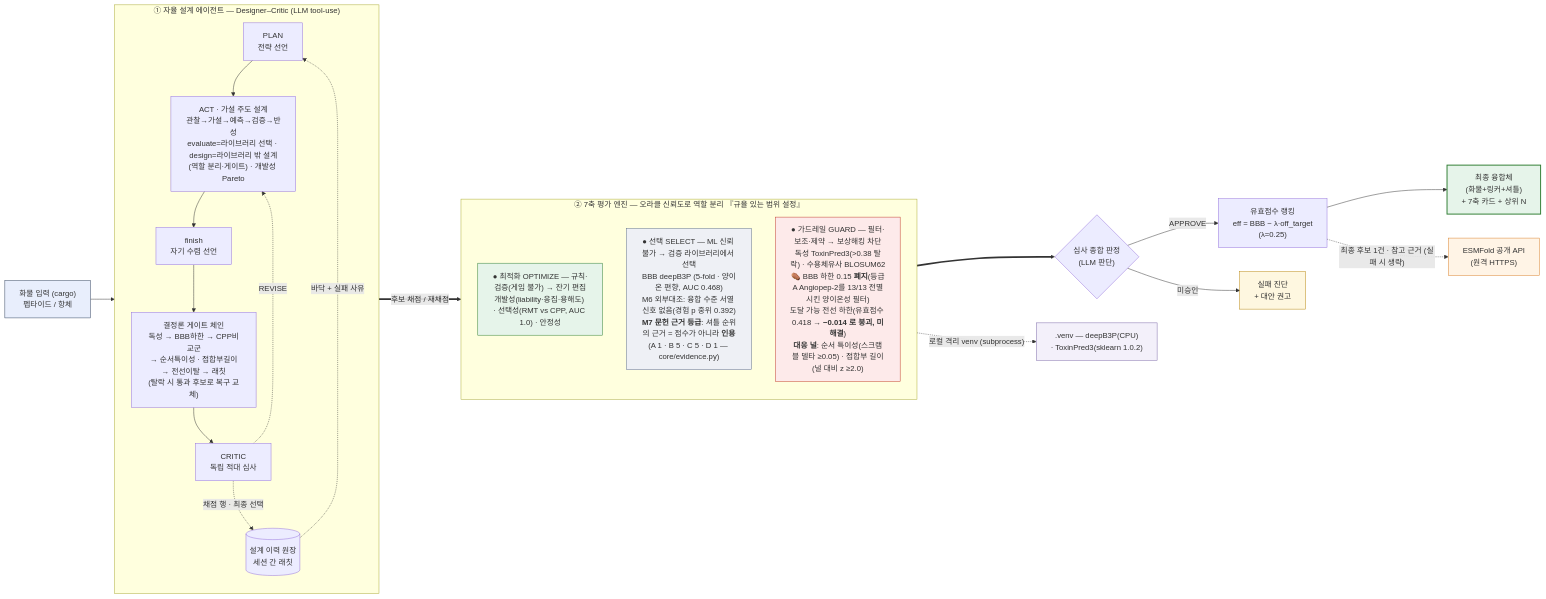
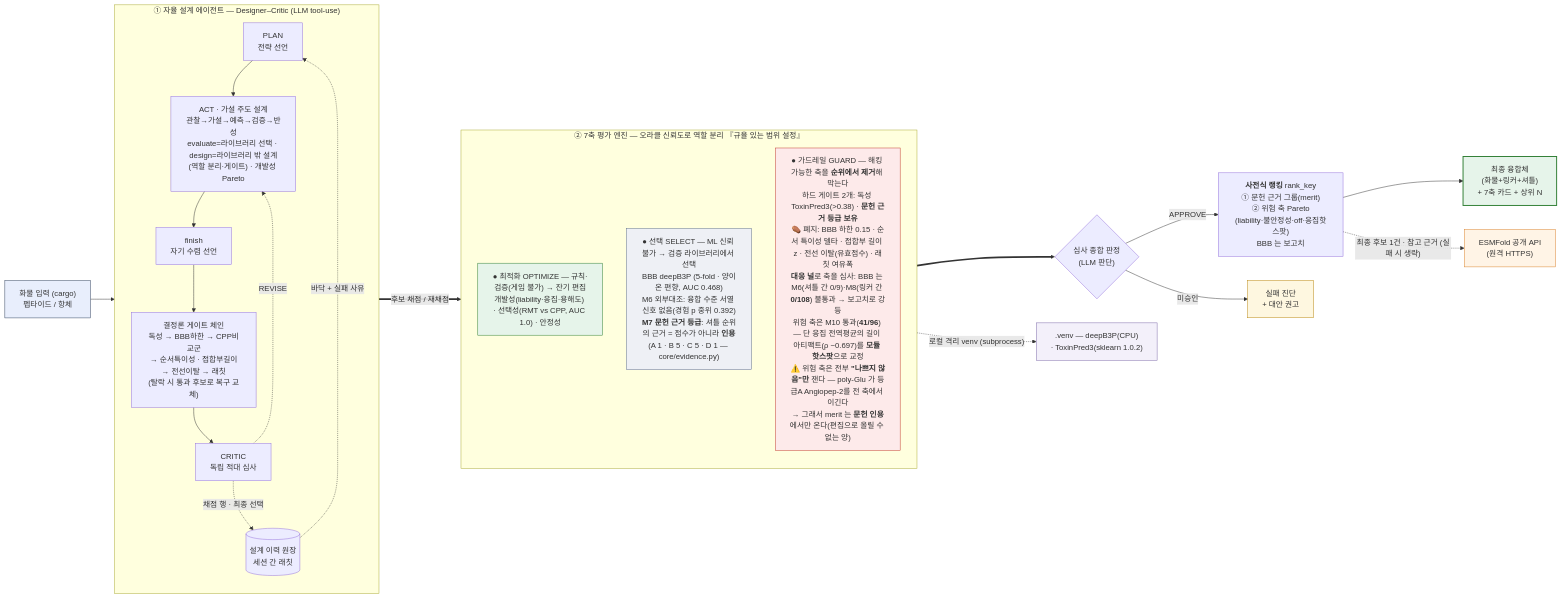
Before and after one commit to yunseul6028/BBB-Optimizer: the first of 10 diagrams in 아키텍처.md, drawn with Mermaid. The commit also changed other lines of this file and 16 other files, not shown here.

First line of the commit message:
feat(목적함수): BBB를 순위에서 제거 — 사전식(근거 그룹 + 위험축 Pareto) + 전수 재측정

````diff
--- a/아키텍처.md
+++ b/아키텍처.md
@@ -19,40 +19,40 @@
 ```mermaid
 flowchart LR
   IN["화물 입력 (cargo)<br/>펩타이드 / 항체"]:::io --> AG
 
   subgraph AG["① 자율 설계 에이전트 — Designer–Critic (LLM tool-use)"]
     direction TB
     PLAN["PLAN<br/>전략 선언"] --> ACT["ACT · 가설 주도 설계<br/>관찰→가설→예측→검증→반성<br/>evaluate=라이브러리 선택 · design=라이브러리 밖 설계<br/>(역할 분리·게이트) · 개발성 Pareto"]
     ACT --> FIN["finish<br/>자기 수렴 선언"]
     FIN --> GT["결정론 게이트 체인<br/>독성 → BBB하한 → CPP비교군<br/>→ 순서특이성 · 접합부길이<br/>→ 전선이탈 → 래칫<br/>(탈락 시 통과 후보로 복구 교체)"]
     GT --> CR["CRITIC<br/>독립 적대 심사"]
     CR -.->|REVISE| ACT
     LG[("설계 이력 원장<br/>세션 간 래칫")] -.->|"바닥 + 실패 사유"| PLAN
     CR -.->|"채점 행 · 최종 선택"| LG
   end
 
   AG ==>|"후보 채점 / 재채점"| ENG
 
   subgraph ENG["② 7축 평가 엔진 — 오라클 신뢰도로 역할 분리 『규율 있는 범위 설정』"]
     direction TB
     OPT["● 최적화 OPTIMIZE — 규칙·검증(게임 불가) → 잔기 편집<br/>개발성(liability·응집·용해도) · 선택성(RMT vs CPP, AUC 1.0) · 안정성"]:::opt
     SEL["● 선택 SELECT — ML 신뢰 불가 → 검증 라이브러리에서 선택<br/>BBB deepB3P (5-fold · 양이온 편향, AUC 0.468)<br/>M6 외부대조: 융합 수준 서열 신호 없음(경험 p 중위 0.392)<br/><b>M7 문헌 근거 등급</b>: 셔틀 순위의 근거 = 점수가 아니라 <b>인용</b><br/>(A 1 · B 5 · C 5 · D 1 — core/evidence.py)"]:::sel
-    GRD["● 가드레일 GUARD — 필터·보조·제약 → 보상해킹 차단<br/>독성 ToxinPred3(&gt;0.38 탈락) · 수용체유사 BLOSUM62<br/>⚰️ BBB 하한 0.15 <b>폐지</b>(등급A Angiopep-2를 13/13 전멸시킨 양이온성 필터)<br/>도달 가능 전선 하한(유효점수 0.418 → <b>−0.014 로 붕괴, 미해결</b>)<br/><b>대응 널</b>: 순서 특이성(스크램블 델타 ≥0.05) · 접합부 길이(널 대비 z ≥2.0)"]:::grd
+    GRD["● 가드레일 GUARD — 해킹 가능한 축을 <b>순위에서 제거</b>해 막는다<br/>하드 게이트 2개: 독성 ToxinPred3(&gt;0.38) · <b>문헌 근거 등급 보유</b><br/>⚰️ 폐지: BBB 하한 0.15 · 순서 특이성 델타 · 접합부 길이 z · 전선 이탈(유효점수) · 래칫 여유폭<br/><b>대응 널</b>로 축을 심사: BBB 는 M6(셔틀 간 0/9)·M8(링커 간 <b>0/108</b>) 불통과 → 보고치로 강등<br/>위험 축은 M10 통과(<b>41/96</b>) — 단 응집 전역평균의 길이 아티팩트(ρ −0.697)를 <b>모듈 핫스팟</b>으로 교정<br/>⚠️ 위험 축은 전부 <b>&quot;나쁘지 않음&quot;만</b> 잰다 — poly-Glu 가 등급A Angiopep-2를 전 축에서 이긴다<br/>→ 그래서 merit 는 <b>문헌 인용</b>에서만 온다(편집으로 올릴 수 없는 양)"]:::grd
   end
 
   ENG ==> J{"심사 종합 판정<br/>(LLM 판단)"}
-  J -->|APPROVE| RK["유효점수 랭킹<br/>eff = BBB − λ·off_target<br/>(λ=0.25)"] --> OUT["최종 융합체<br/>(화물+링커+셔틀)<br/>+ 7축 카드 + 상위 N"]:::ok
+  J -->|APPROVE| RK["<b>사전식 랭킹</b> rank_key<br/>① 문헌 근거 그룹(merit)<br/>② 위험 축 Pareto<br/>(liability·불안정성·off·응집핫스팟)<br/>BBB 는 보고치"] --> OUT["최종 융합체<br/>(화물+링커+셔틀)<br/>+ 7축 카드 + 상위 N"]:::ok
   J -->|"미승인"| F["실패 진단<br/>+ 대안 권고"]:::warn
 
   ENG -.->|"로컬 격리 venv (subprocess)"| VENV[".venv — deepB3P(CPU)<br/>· ToxinPred3(sklearn 1.0.2)"]:::venv
   RK -.->|"최종 후보 1건 · 참고 근거 (실패 시 생략)"| API["ESMFold 공개 API<br/>(원격 HTTPS)"]:::api
 
   classDef io fill:#e8eefc,stroke:#30405c;
   classDef opt fill:#e6f4ea,stroke:#2e7d32;
   classDef sel fill:#eef0f5,stroke:#5a6b8c;
   classDef grd fill:#fdeaea,stroke:#c0392b;
   classDef ok fill:#e6f4ea,stroke:#2e7d32,stroke-width:2px;
   classDef warn fill:#fef7e0,stroke:#b8860b;
   classDef venv fill:#f3f0fa,stroke:#7c6aa8;
   classDef api fill:#fff4e6,stroke:#d9822b;
 ```
````
